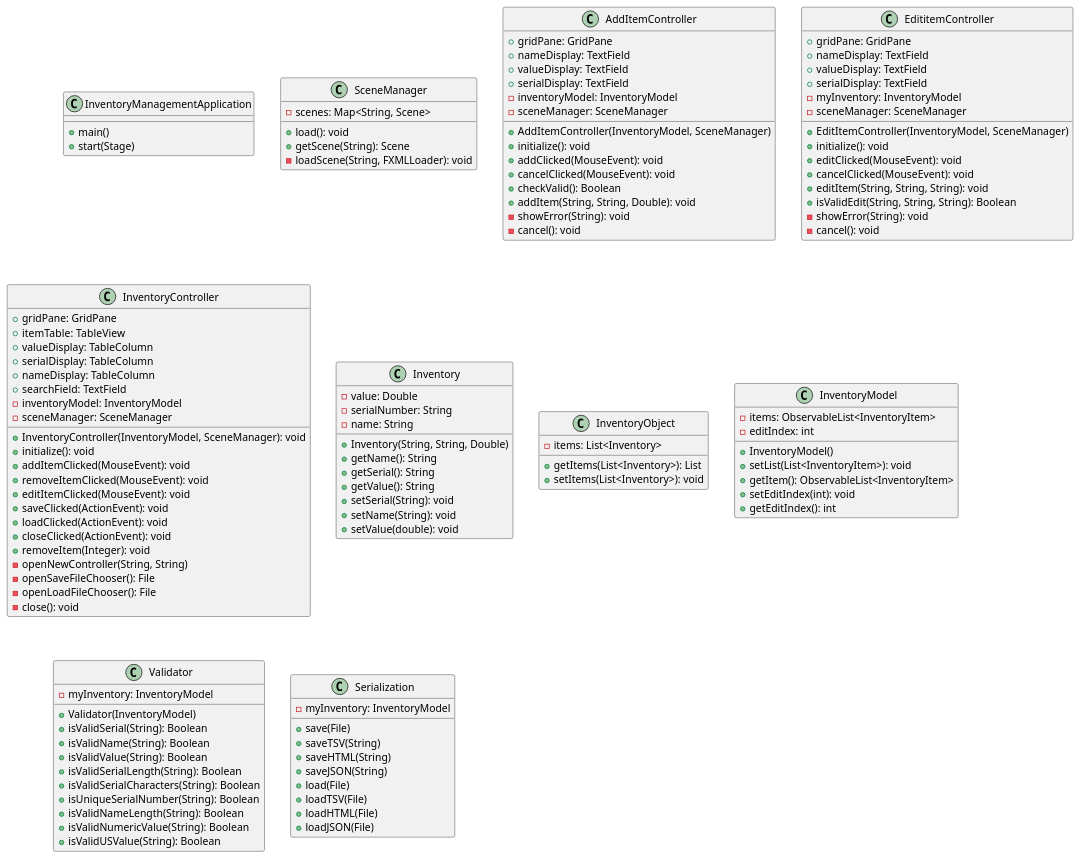
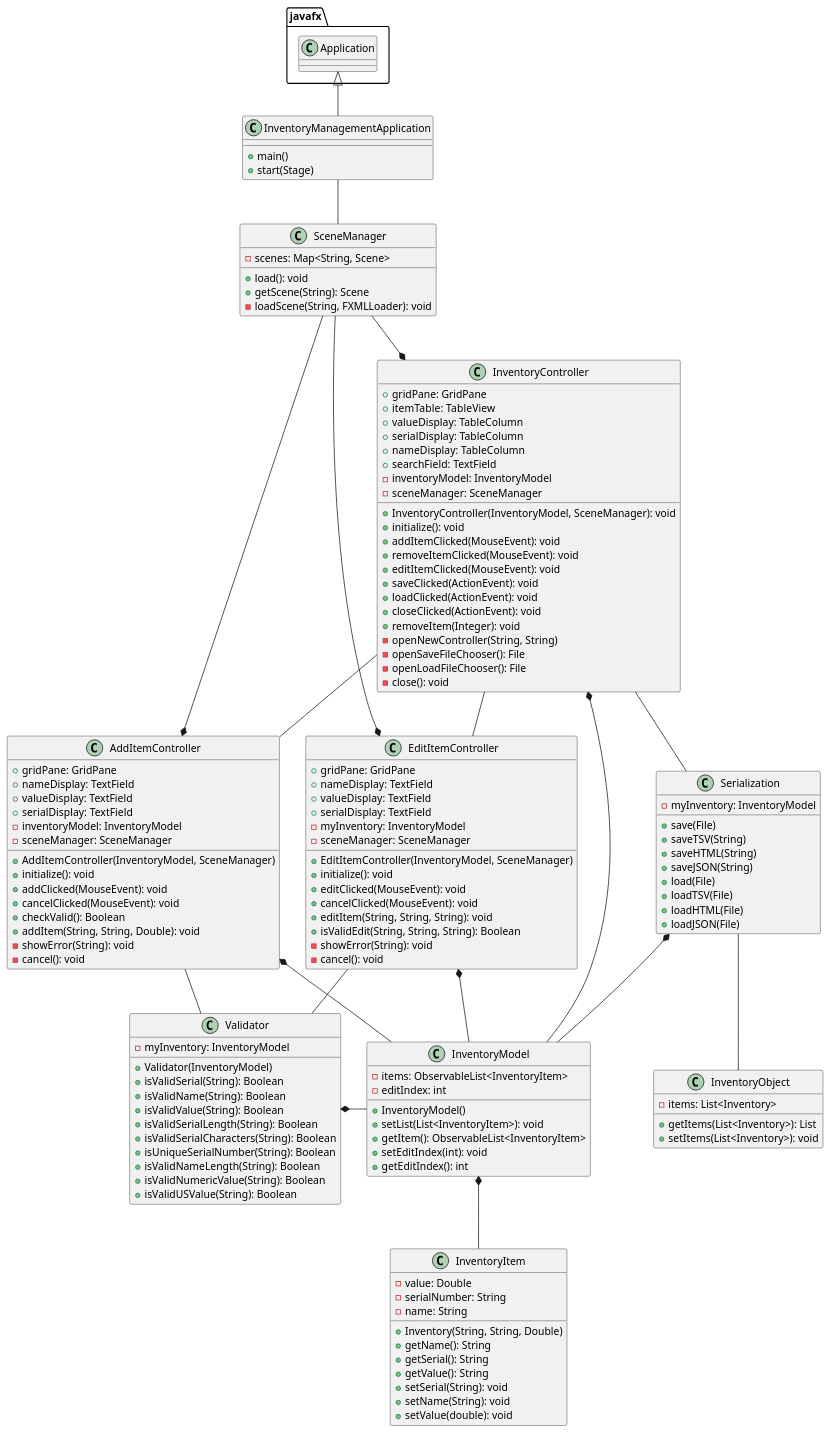
The diagram in Jaro-app2/docs/diagram.puml (mathdude3482/Jaro-app2), drawn with PlantUML before and after one commit. The commit also changed 1 other file, not shown here.

Commit message:
Final changes to UML diagram and touch up on some code. This is the final version.

```diff
--- a/Jaro-app2/docs/diagram.puml
+++ b/Jaro-app2/docs/diagram.puml
@@ -1,119 +1,136 @@
 @startuml
 class InventoryManagementApplication{
 +main()
 +start(Stage)
 }
 class SceneManager {
     - scenes: Map<String, Scene>
     + load(): void
     + getScene(String): Scene
     - loadScene(String, FXMLLoader): void
 }
 class AddItemController{
     + gridPane: GridPane
     + nameDisplay: TextField
     + valueDisplay: TextField
     + serialDisplay: TextField
     - inventoryModel: InventoryModel
     - sceneManager: SceneManager
     + AddItemController(InventoryModel, SceneManager)
     + initialize(): void
     + addClicked(MouseEvent): void
     + cancelClicked(MouseEvent): void
     + checkValid(): Boolean
     + addItem(String, String, Double): void
     - showError(String): void
     - cancel(): void
 }
-class EdititemController{
+class EditItemController{
     + gridPane: GridPane
     + nameDisplay: TextField
     + valueDisplay: TextField
     + serialDisplay: TextField
     - myInventory: InventoryModel
     - sceneManager: SceneManager
     + EditItemController(InventoryModel, SceneManager)
     + initialize(): void
     + editClicked(MouseEvent): void
     + cancelClicked(MouseEvent): void
     + editItem(String, String, String): void
     + isValidEdit(String, String, String): Boolean
     - showError(String): void
     - cancel(): void
 }
 
 class InventoryController{
  + gridPane: GridPane
     + itemTable: TableView
     + valueDisplay: TableColumn
     + serialDisplay: TableColumn
     + nameDisplay: TableColumn
     + searchField: TextField
     - inventoryModel: InventoryModel
     - sceneManager: SceneManager
 
     + InventoryController(InventoryModel, SceneManager): void
     + initialize(): void
     + addItemClicked(MouseEvent): void
     + removeItemClicked(MouseEvent): void
     + editItemClicked(MouseEvent): void
     + saveClicked(ActionEvent): void
     + loadClicked(ActionEvent): void
     + closeClicked(ActionEvent): void
     + removeItem(Integer): void
     - openNewController(String, String)
     - openSaveFileChooser(): File
     - openLoadFileChooser(): File
     - close(): void
 }
-class Inventory{
+class InventoryItem{
  - value: Double
  - serialNumber: String
  - name: String
  + Inventory(String, String, Double)
 + getName(): String
 + getSerial(): String
 + getValue(): String
 + setSerial(String): void
 + setName(String): void
 + setValue(double): void
 }
 class InventoryObject{
 - items: List<Inventory>
 + getItems(List<Inventory>): List
 + setItems(List<Inventory>): void
 }
 class InventoryModel{
     - items: ObservableList<InventoryItem>
     - editIndex: int
     + InventoryModel()
     + setList(List<InventoryItem>): void
     + getItem(): ObservableList<InventoryItem>
     + setEditIndex(int): void
     + getEditIndex(): int
 }
 class Validator{
     - myInventory: InventoryModel
     + Validator(InventoryModel)
     + isValidSerial(String): Boolean
     + isValidName(String): Boolean
     + isValidValue(String): Boolean
     + isValidSerialLength(String): Boolean
     + isValidSerialCharacters(String): Boolean
     + isUniqueSerialNumber(String): Boolean
     + isValidNameLength(String): Boolean
     + isValidNumericValue(String): Boolean
     + isValidUSValue(String): Boolean
 }
 class Serialization {
     - myInventory: InventoryModel
     + save(File)
     + saveTSV(String)
     + saveHTML(String)
     + saveJSON(String)
     + load(File)
     + loadTSV(File)
     + loadHTML(File)
     + loadJSON(File)
 }
+javafx.Application <|-- InventoryManagementApplication
+InventoryManagementApplication -- SceneManager
+SceneManager --* InventoryController
+SceneManager --* AddItemController
+SceneManager --* EditItemController
+InventoryController -- Serialization
+InventoryController *-- InventoryModel
+InventoryController -down- AddItemController
+InventoryController -down- EditItemController
+AddItemController *-- InventoryModel
+AddItemController -- Validator
+EditItemController *-- InventoryModel
+EditItemController -- Validator
+InventoryModel *-- InventoryItem
+Validator *- InventoryModel
+Serialization *- InventoryModel
+Serialization -- InventoryObject
 @enduml
```
